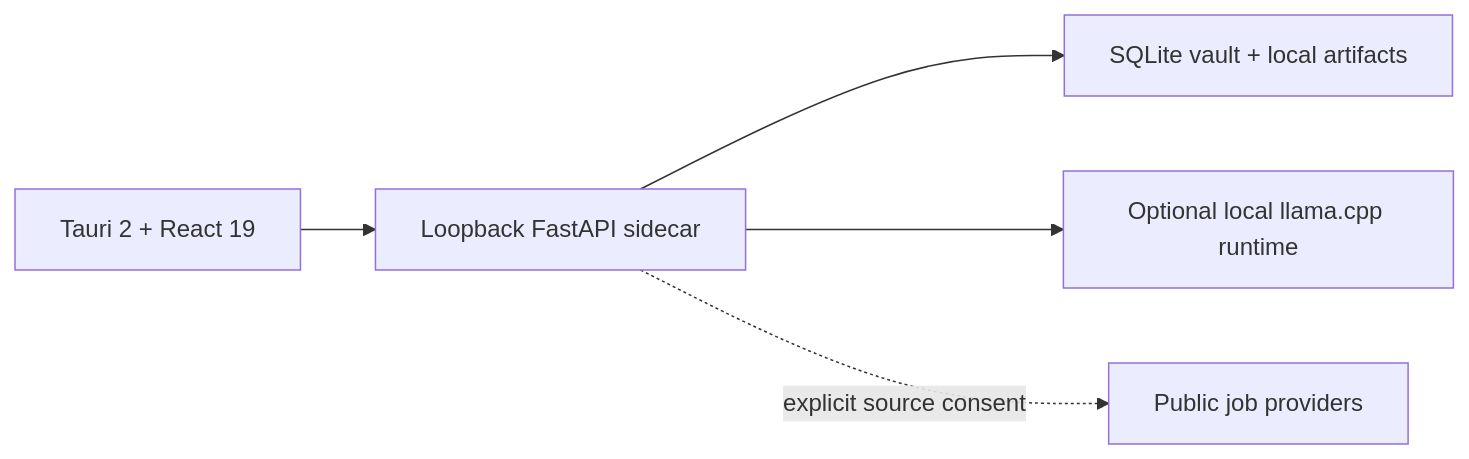
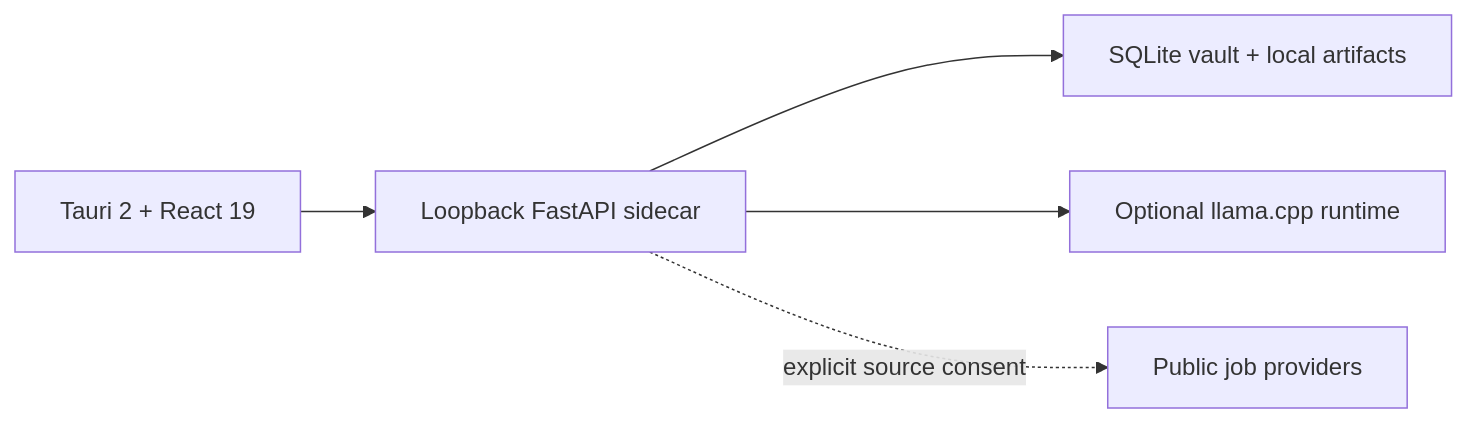
Before and after one commit to ejupi-djenis30/careeros-local: the diagram in README.md, drawn with Mermaid. The commit also changed other lines of this file and 38 other files, not shown here.

````diff
--- a/README.md
+++ b/README.md
@@ -39,7 +61,7 @@
 ```mermaid
 flowchart LR
     UI["Tauri 2 + React 19"] --> API["Loopback FastAPI sidecar"]
     API --> Vault["SQLite vault + local artifacts"]
-    API --> AI["Optional local llama.cpp runtime"]
+    API --> AI["Optional llama.cpp runtime"]
     API -. "explicit source consent" .-> Jobs["Public job providers"]
 ```
````
